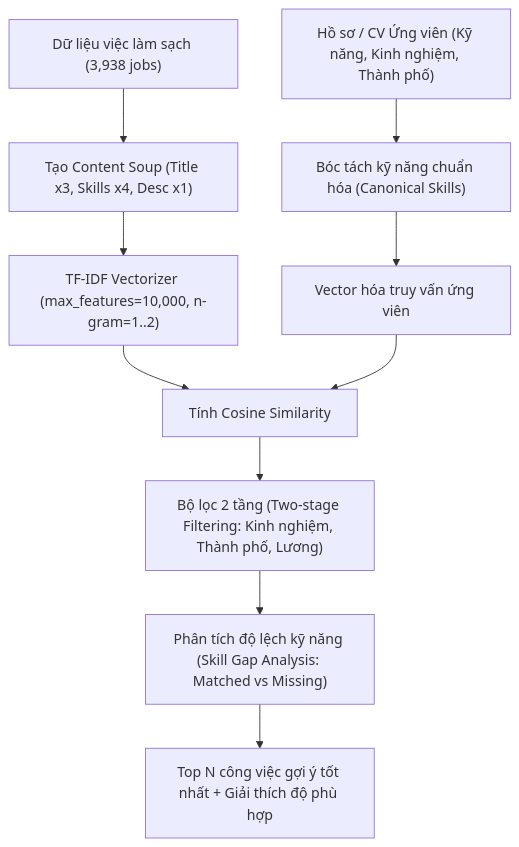
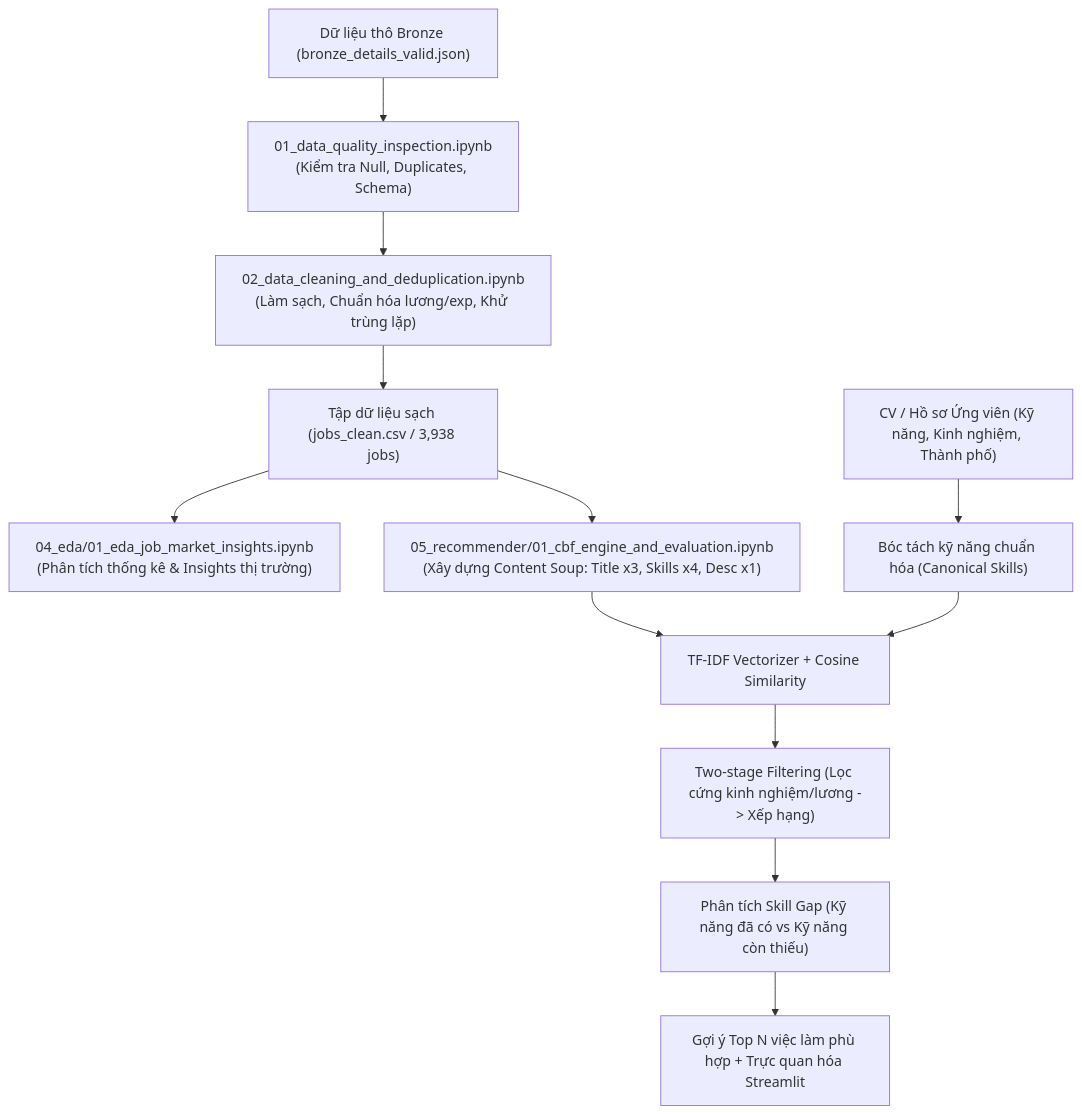
Before and after one commit to doanquangminh14/IT-Job-Market-Intelligence: the diagram in notebook/README.md, drawn with Mermaid. The commit also changed other lines of this file and 10 other files, not shown here.

Commit message:
feat: initialize streamlit home page and core notebook pipeline and data inspection scripts

````diff
--- a/notebook/README.md
+++ b/notebook/README.md
@@ -44,11 +44,13 @@
 ```mermaid
 flowchart TD
-    A["Dữ liệu việc làm sạch (3,938 jobs)"] --> B["Tạo Content Soup (Title x3, Skills x4, Desc x1)"]
-    C["Hồ sơ / CV Ứng viên (Kỹ năng, Kinh nghiệm, Thành phố)"] --> D["Bóc tách kỹ năng chuẩn hóa (Canonical Skills)"]
-    B --> E["TF-IDF Vectorizer (max_features=10,000, n-gram=1..2)"]
-    D --> F["Vector hóa truy vấn ứng viên"]
-    E & F --> G["Tính Cosine Similarity"]
-    G --> H["Bộ lọc 2 tầng (Two-stage Filtering: Kinh nghiệm, Thành phố, Lương)"]
-    H --> I["Phân tích độ lệch kỹ năng (Skill Gap Analysis: Matched vs Missing)"]
-    I --> J["Top N công việc gợi ý tốt nhất + Giải thích độ phù hợp"]
+    A["Dữ liệu thô Bronze (bronze_details_valid.json)"] --> B["01_data_quality_inspection.ipynb\n(Kiểm tra Null, Duplicates, Schema)"]
+    B --> C["02_data_cleaning_and_deduplication.ipynb\n(Làm sạch, Chuẩn hóa lương/exp, Khử trùng lặp)"]
+    C --> D["Tập dữ liệu sạch (jobs_clean.csv / 3,938 jobs)"]
+    D --> E["04_eda/01_eda_job_market_insights.ipynb\n(Phân tích thống kê & Insights thị trường)"]
+    D --> F["05_recommender/01_cbf_engine_and_evaluation.ipynb\n(Xây dựng Content Soup: Title x3, Skills x4, Desc x1)"]
+    G["CV / Hồ sơ Ứng viên (Kỹ năng, Kinh nghiệm, Thành phố)"] --> H["Bóc tách kỹ năng chuẩn hóa (Canonical Skills)"]
+    F & H --> I["TF-IDF Vectorizer + Cosine Similarity"]
+    I --> J["Two-stage Filtering (Lọc cứng kinh nghiệm/lương -> Xếp hạng)"]
+    J --> K["Phân tích Skill Gap (Kỹ năng đã có vs Kỹ năng còn thiếu)"]
+    K --> L["Gợi ý Top N việc làm phù hợp + Trực quan hóa Streamlit"]
 ```
````
